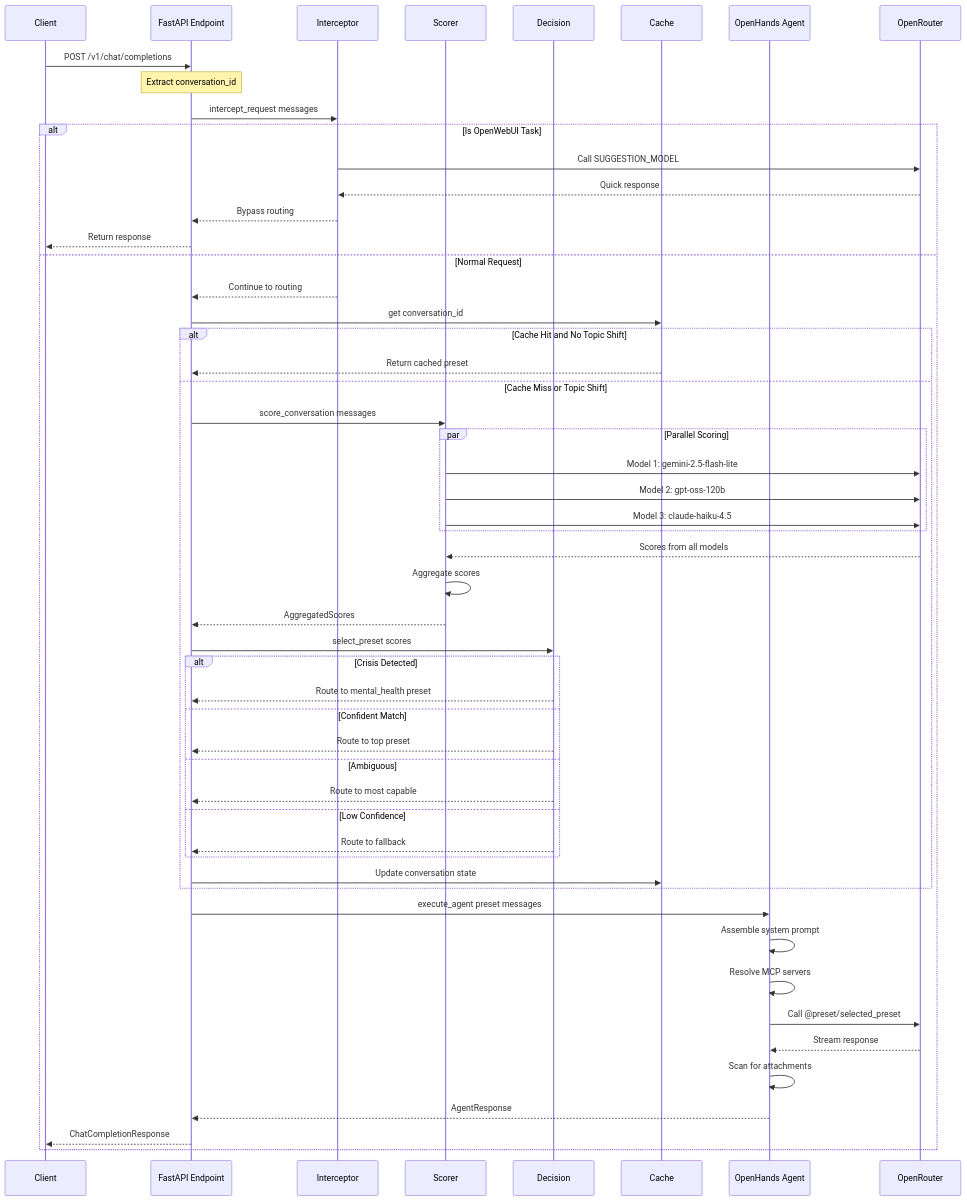
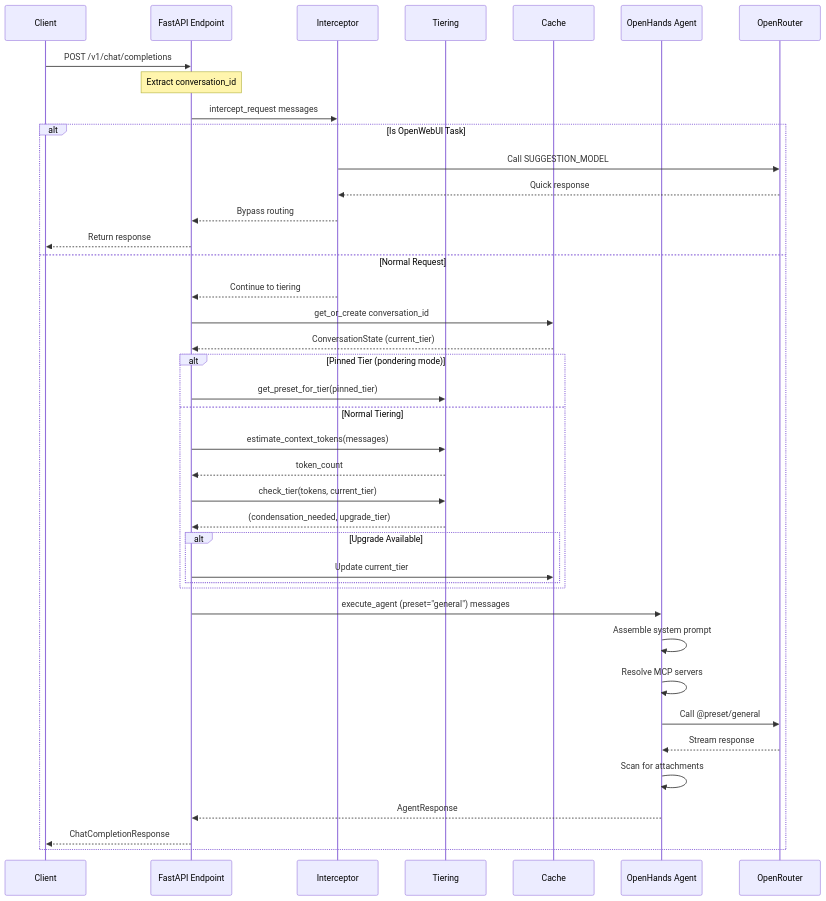
The first of 2 diagrams in README.md (PierreStephaneVoltaire/IF), drawn with Mermaid before and after one commit. The commit also changed other lines of this file, not shown here.

````diff
--- a/README.md
+++ b/README.md
@@ -181,70 +189,54 @@
 ```mermaid
 sequenceDiagram
     participant Client
     participant API as FastAPI Endpoint
     participant Interceptor
-    participant Scorer
-    participant Decision
+    participant Tiering
     participant Cache
     participant Agent as OpenHands Agent
     participant OR as OpenRouter
 
     Client->>API: POST /v1/chat/completions
 
     Note over API: Extract conversation_id
 
     API->>Interceptor: intercept_request messages
 
     alt Is OpenWebUI Task
         Interceptor->>OR: Call SUGGESTION_MODEL
         OR-->>Interceptor: Quick response
         Interceptor-->>API: Bypass routing
         API-->>Client: Return response
     else Normal Request
-        Interceptor-->>API: Continue to routing
+        Interceptor-->>API: Continue to tiering
 
-        API->>Cache: get conversation_id
+        API->>Cache: get_or_create conversation_id
+        Cache-->>API: ConversationState (current_tier)
 
-        alt Cache Hit and No Topic Shift
-            Cache-->>API: Return cached preset
-        else Cache Miss or Topic Shift
-            API->>Scorer: score_conversation messages
+        alt Pinned Tier (pondering mode)
+            API->>Tiering: get_preset_for_tier(pinned_tier)
+        else Normal Tiering
+            API->>Tiering: estimate_context_tokens(messages)
+            Tiering-->>API: token_count
 
-            par Parallel Scoring
-                Scorer->>OR: Model 1: gemini-2.5-flash-lite
-                Scorer->>OR: Model 2: gpt-oss-120b
-                Scorer->>OR: Model 3: claude-haiku-4.5
+            API->>Tiering: check_tier(tokens, current_tier)
+            Tiering-->>API: (condensation_needed, upgrade_tier)
+
+            alt Upgrade Available
+                API->>Cache: Update current_tier
             end
-
-            OR-->>Scorer: Scores from all models
-            Scorer->>Scorer: Aggregate scores
-            Scorer-->>API: AggregatedScores
-
-            API->>Decision: select_preset scores
-
-            alt Crisis Detected
-                Decision-->>API: Route to mental_health preset
-            else Confident Match
-                Decision-->>API: Route to top preset
-            else Ambiguous
-                Decision-->>API: Route to most capable
-            else Low Confidence
-                Decision-->>API: Route to fallback
-            end
-
-            API->>Cache: Update conversation state
         end
 
-        API->>Agent: execute_agent preset messages
+        API->>Agent: execute_agent (preset="general") messages
 
         Agent->>Agent: Assemble system prompt
         Agent->>Agent: Resolve MCP servers
-        Agent->>OR: Call @preset/selected_preset
+        Agent->>OR: Call @preset/general
 
         OR-->>Agent: Stream response
         Agent->>Agent: Scan for attachments
         Agent-->>API: AgentResponse
 
         API-->>Client: ChatCompletionResponse
     end
 ```
````
